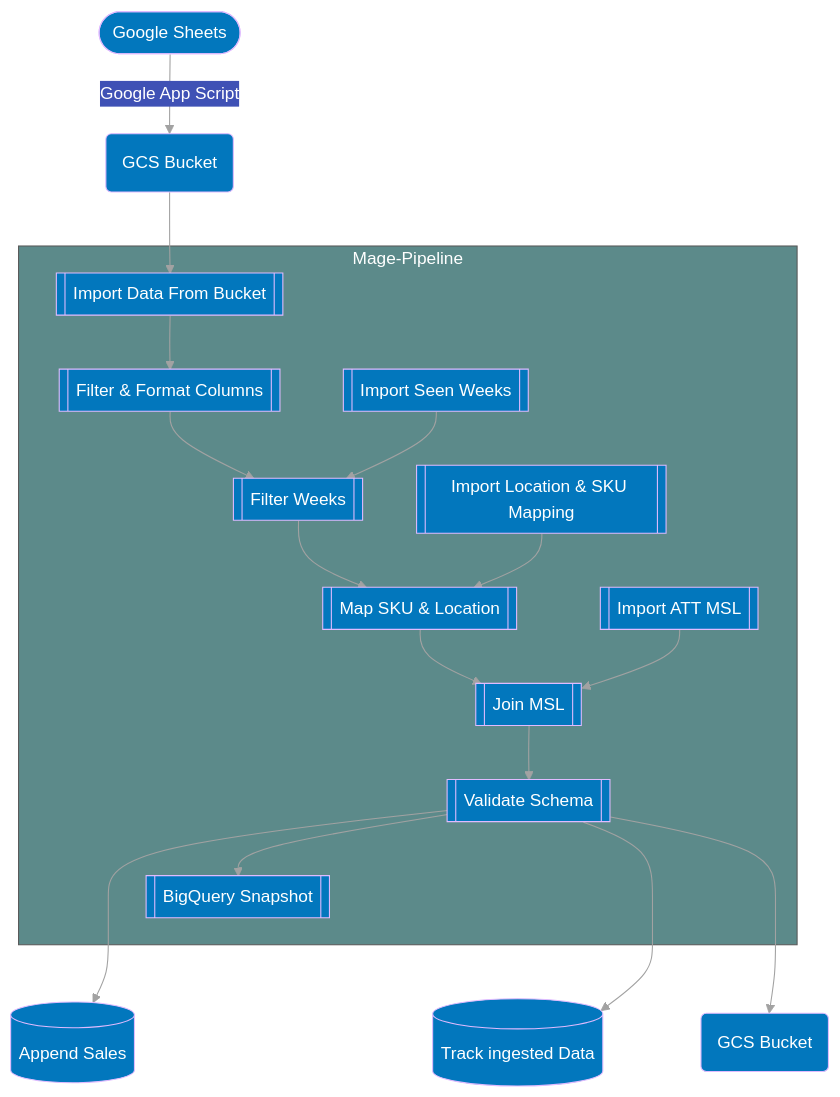
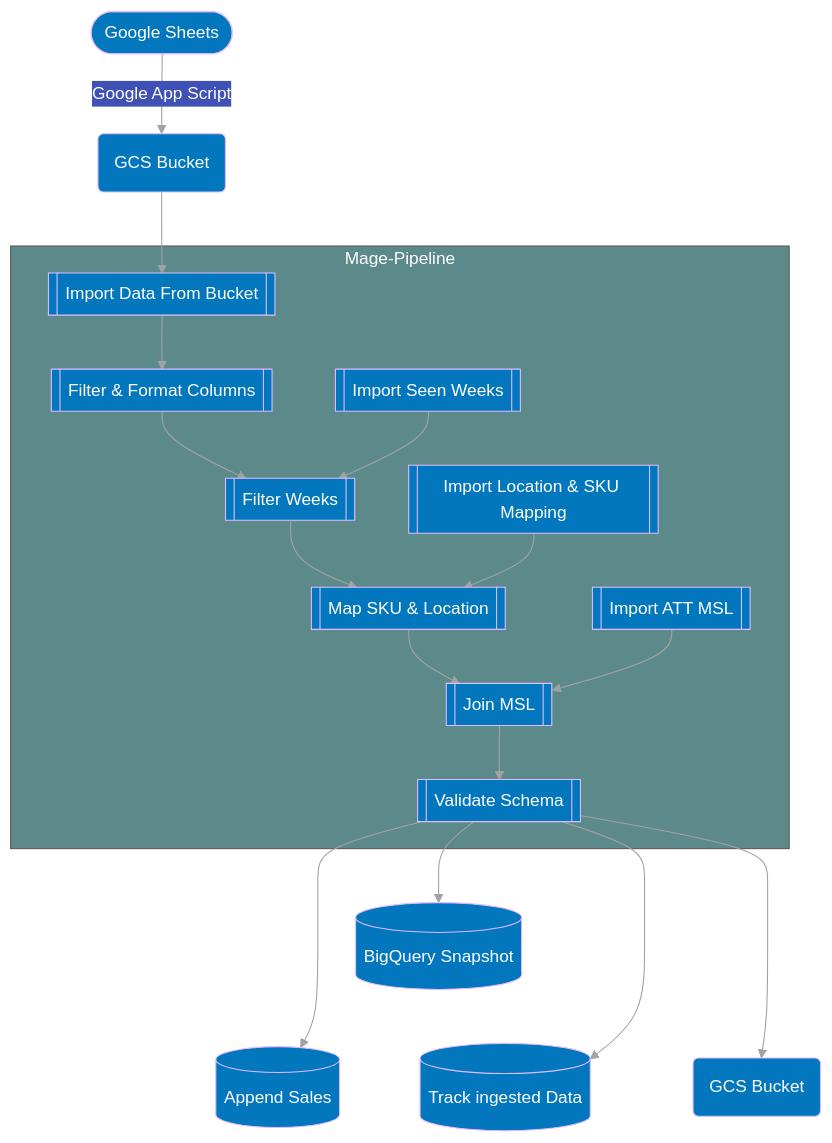
Before and after one commit to CarrierOps/1P-Wiki: the first of 2 diagrams in documentation/pipelines/att.md, drawn with Mermaid. The commit also changed 1 other file, not shown here.

Commit message:
small diffs

````diff
--- a/documentation/pipelines/att.md
+++ b/documentation/pipelines/att.md
@@ -13,61 +13,61 @@
 ```mermaid
 flowchart TD
 %%{
   init: {
     'theme': 'base',
     'themeVariables': {
       'primaryColor': '#0277bd',
       'primaryTextColor': '#ffffff',
       'primaryBorderColor': '#e0bbff',
       'lineColor': '#a2a2a2',
       'secondaryColor': '#3f51b5',
       'tertiaryColor': '#5c8a8a',
       'tertiaryTextColor': '#ffffff'
     }
   }
 }%%
 
 id00([Google Sheets])
 id0000(GCS Bucket)
 
 id00 -- Google App Script --> id0000
 
 id0000-->id1
 
 subgraph Mage-Pipeline
 
   id1[[Import Data From Bucket]]
   id2[[Import Seen Weeks]]
   id4[[Import Location & SKU Mapping]]
   id5[[Import ATT MSL]]
   id7[[Filter & Format Columns]]
   id8[[Filter Weeks]]
   id9[[Map SKU & Location]]
   id10[[Join MSL]]
   id11[[Validate Schema]]
-  id12[[BigQuery Snapshot]]
 
   id1-->id7
   id7--> id8
   id2--> id8
   id8-->id9
   id4-->id9
   id9--> id10
   id5--> id10
   id10-->id11
-  id11-->id12
 
 end
 
+id12[(BigQuery Snapshot)]
 id16[(Append Sales)]
 id17[(Track ingested Data)]
 id19(GCS Bucket)
 
 id12~~~id16
 id12~~~id17
 id12~~~id19
 
+id11-->id12
 id11-->id17
 id11-->id16
 id11-->id19
 ```
````
